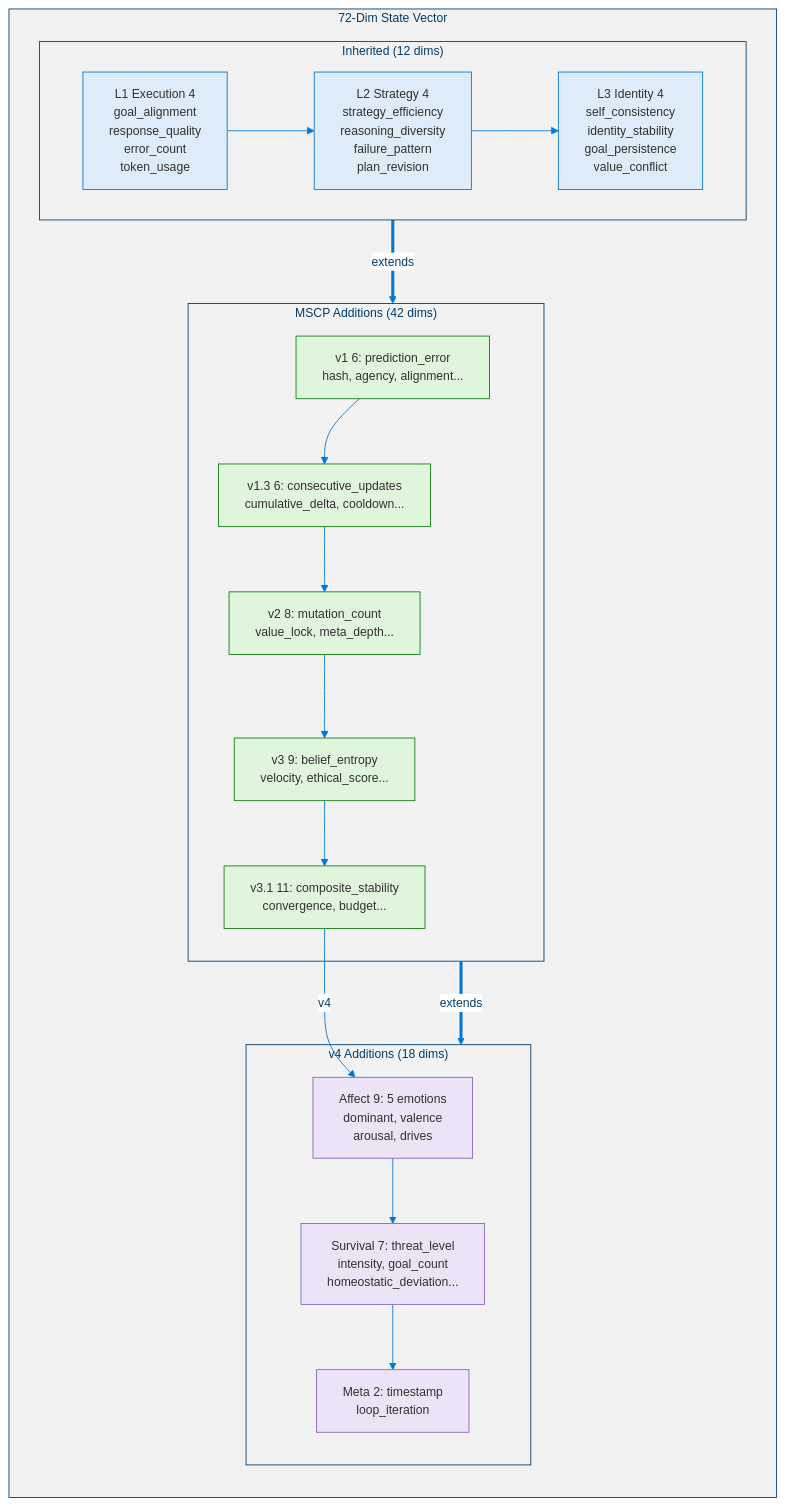
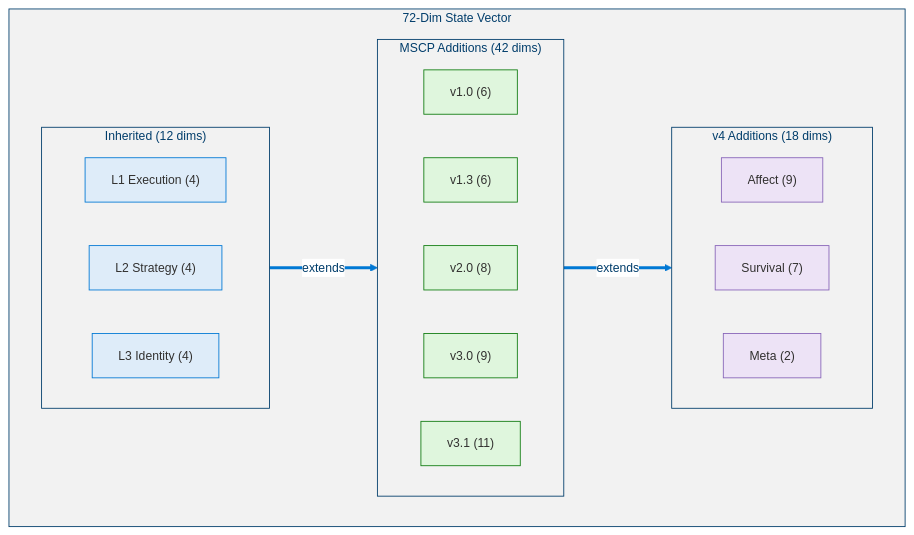
Diagram 17 of 19 in docs/levels/Level_3_Self_Regulating_Agent.md (dotnetpower/mscp), drawn with Mermaid before and after one commit. The commit also changed other lines of this file and 10 other files, not shown here.

````diff
--- a/docs/levels/Level_3_Self_Regulating_Agent.md
+++ b/docs/levels/Level_3_Self_Regulating_Agent.md
@@ -1164,37 +1197,35 @@
 ```mermaid
 %%{init: {'theme': 'base', 'themeVariables': {'primaryColor': '#0078D4', 'primaryTextColor': '#003D6B', 'primaryBorderColor': '#003D6B', 'secondaryColor': '#50E6FF', 'secondaryTextColor': '#323130', 'secondaryBorderColor': '#00BCF2', 'tertiaryColor': '#F2F2F2', 'tertiaryTextColor': '#323130', 'lineColor': '#0078D4', 'textColor': '#323130', 'mainBkg': '#DEECF9', 'nodeBorder': '#0078D4', 'clusterBkg': '#F2F2F2', 'clusterBorder': '#003D6B', 'titleColor': '#003D6B', 'edgeLabelBackground': '#FFFFFF', 'fontSize': '14px'}}}%%
-flowchart LR
+flowchart TB
   classDef base fill:#DEECF9,stroke:#0078D4,color:#323130
   classDef mscp fill:#DFF6DD,stroke:#107C10,color:#323130
   classDef v4 fill:#EDE3F6,stroke:#8764B8,color:#323130
 
   subgraph SV["72-Dim State Vector"]
     subgraph Base["Inherited (12 dims)"]
-      SV1["L1 Execution 4<br/>goal_alignment<br/>response_quality<br/>error_count<br/>token_usage"]:::base
-      SV2["L2 Strategy 4<br/>strategy_efficiency<br/>reasoning_diversity<br/>failure_pattern<br/>plan_revision"]:::base
-      SV3["L3 Identity 4<br/>self_consistency<br/>identity_stability<br/>goal_persistence<br/>value_conflict"]:::base
+      direction LR
+      SV1["L1 Execution (4)"]:::base
+      SV2["L2 Strategy (4)"]:::base
+      SV3["L3 Identity (4)"]:::base
     end
 
     subgraph MSCP["MSCP Additions (42 dims)"]
-      SV4["v1 6: prediction_error<br/>hash, agency, alignment..."]:::mscp
-      SV5["v1.3 6: consecutive_updates<br/>cumulative_delta, cooldown..."]:::mscp
-      SV6["v2 8: mutation_count<br/>value_lock, meta_depth..."]:::mscp
-      SV7["v3 9: belief_entropy<br/>velocity, ethical_score..."]:::mscp
-      SV8["v3.1 11: composite_stability<br/>convergence, budget..."]:::mscp
+      direction LR
+      SV4["v1.0 (6)"]:::mscp
+      SV5["v1.3 (6)"]:::mscp
+      SV6["v2.0 (8)"]:::mscp
+      SV7["v3.0 (9)"]:::mscp
+      SV8["v3.1 (11)"]:::mscp
     end
 
     subgraph V4["v4 Additions (18 dims)"]
-      SV9["Affect 9: 5 emotions<br/>dominant, valence<br/>arousal, drives"]:::v4
-      SV10["Survival 7: threat_level<br/>intensity, goal_count<br/>homeostatic_deviation..."]:::v4
-      SV11["Meta 2: timestamp<br/>loop_iteration"]:::v4
+      direction LR
+      SV9["Affect (9)"]:::v4
+      SV10["Survival (7)"]:::v4
+      SV11["Meta (2)"]:::v4
     end
   end
 
   Base ==>|extends| MSCP
   MSCP ==>|extends| V4
-
-  SV1 --> SV2 --> SV3
-  SV4 --> SV5 --> SV6 --> SV7 --> SV8
-  SV8 -->|v4| SV9
-  SV9 --> SV10 --> SV11
 ```
````
